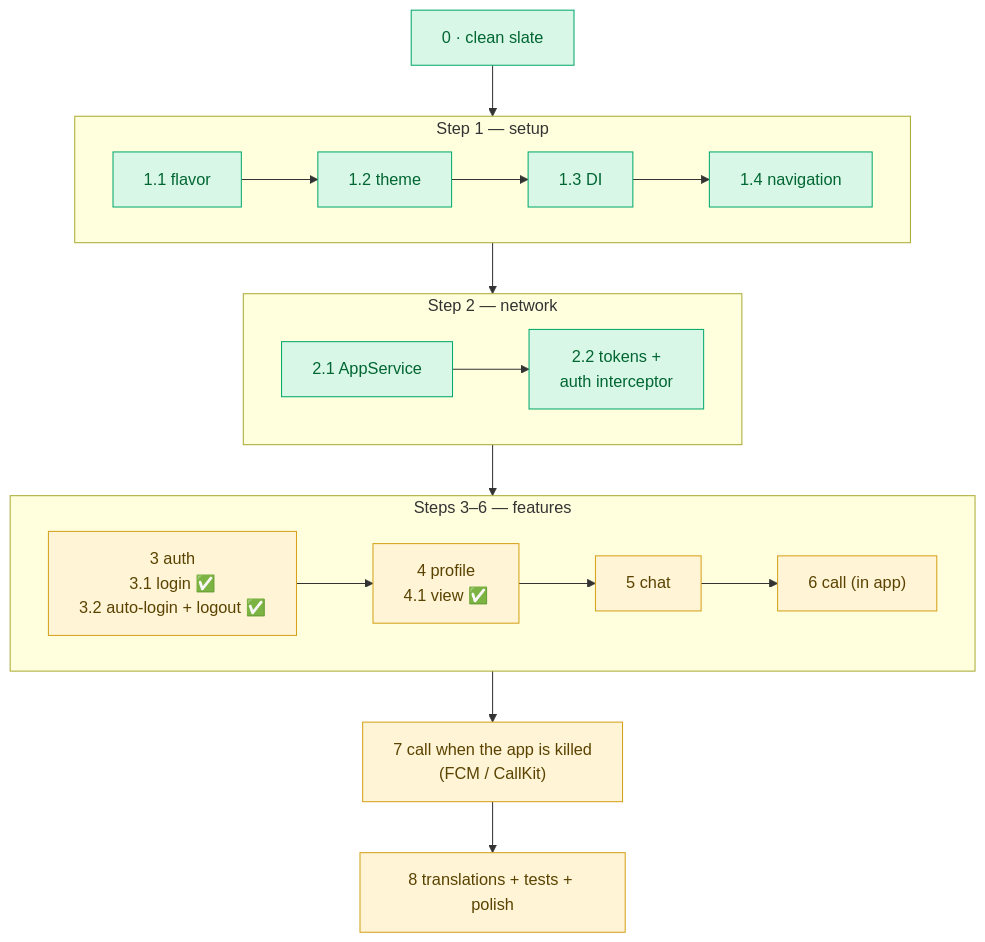
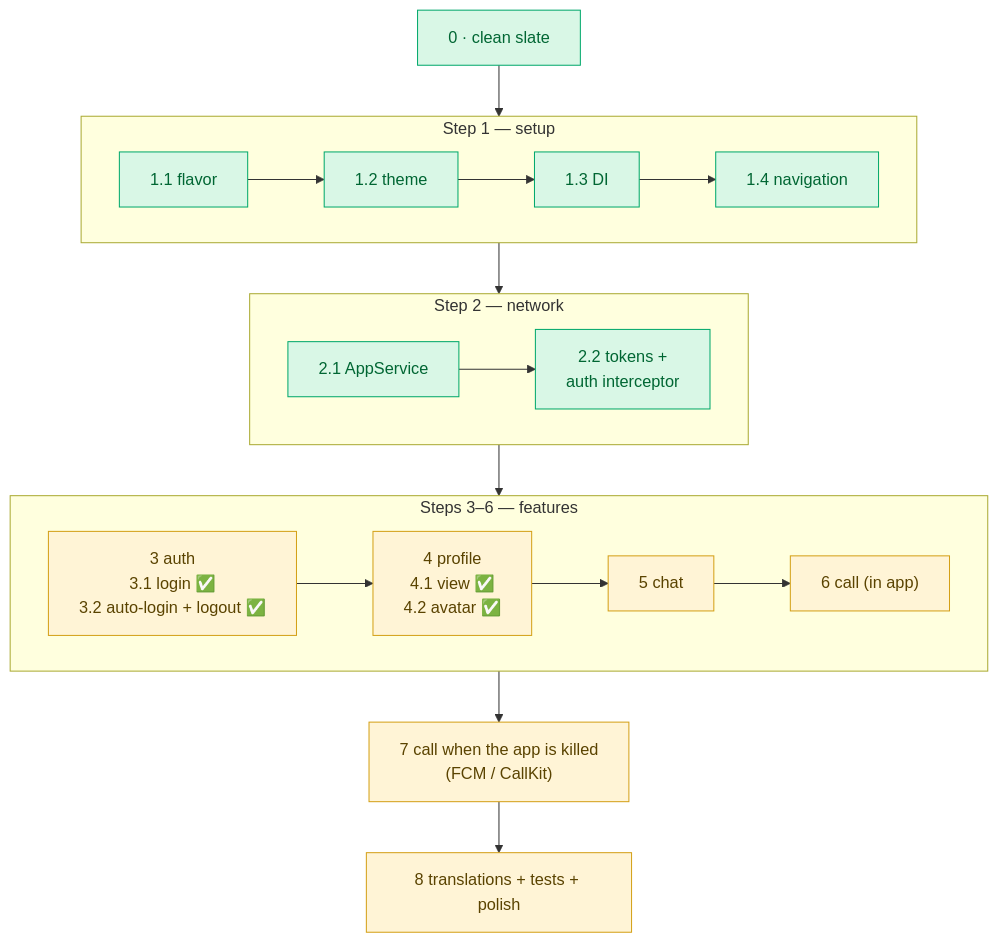
One commit to krouchvanyda/erp_flutter_claude changed the third of 3 diagrams in docs/learning/REBUILD/README.md. Above: the diagram before and after it, drawn with Mermaid. The commit also changed other lines of this file and 24 other files, not shown here.

First line of the commit message:
feat(profile): implement avatar upload and removal functionality

````diff
--- a/docs/learning/REBUILD/README.md
+++ b/docs/learning/REBUILD/README.md
@@ -73,26 +73,26 @@
 ```mermaid
 flowchart TD
     S0["0 · clean slate"] --> STEP1
     subgraph STEP1["Step 1 — setup"]
         direction LR
         S11["1.1 flavor"] --> S12["1.2 theme"] --> S13["1.3 DI"] --> S14["1.4 navigation"]
     end
     STEP1 --> STEP2
     subgraph STEP2["Step 2 — network"]
         direction LR
         S21["2.1 AppService"] --> S22["2.2 tokens +<br/>auth interceptor"]
     end
     STEP2 --> FEATS
     subgraph FEATS["Steps 3–6 — features"]
         direction LR
-        S3["3 auth<br/>3.1 login ✅<br/>3.2 auto-login + logout ✅"] --> S4["4 profile<br/>4.1 view ✅"] --> S5["5 chat"] --> S6["6 call (in app)"]
+        S3["3 auth<br/>3.1 login ✅<br/>3.2 auto-login + logout ✅"] --> S4["4 profile<br/>4.1 view ✅<br/>4.2 avatar ✅"] --> S5["5 chat"] --> S6["6 call (in app)"]
     end
     FEATS --> S7["7 call when the app is killed<br/>(FCM / CallKit)"] --> S8["8 translations + tests + polish"]
     class S0,S11,S12,S13,S14,S21,S22 ok
     class S3,S4,S5,S6,S7,S8 wait
     classDef app fill:#dbe9ff,stroke:#3b6fd8,color:#123
     classDef ok fill:#d9f7e6,stroke:#00a86b,color:#063
     classDef wait fill:#fff4d6,stroke:#d4a017,color:#5a4300
     classDef none fill:#eeeeee,stroke:#999,color:#555
     classDef err fill:#fde2e2,stroke:#d64545,color:#611
 ```
````
